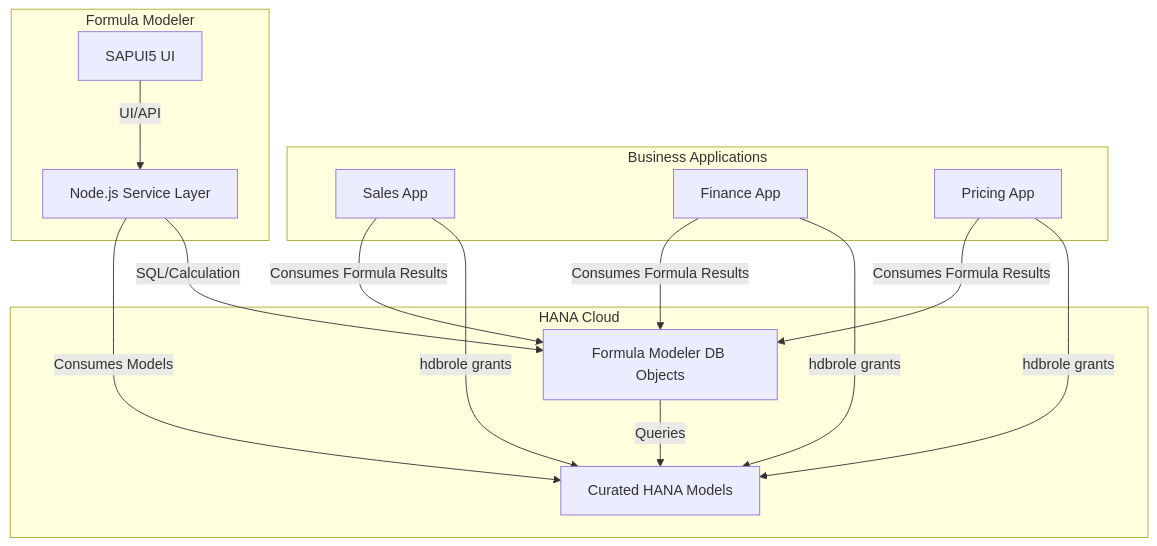
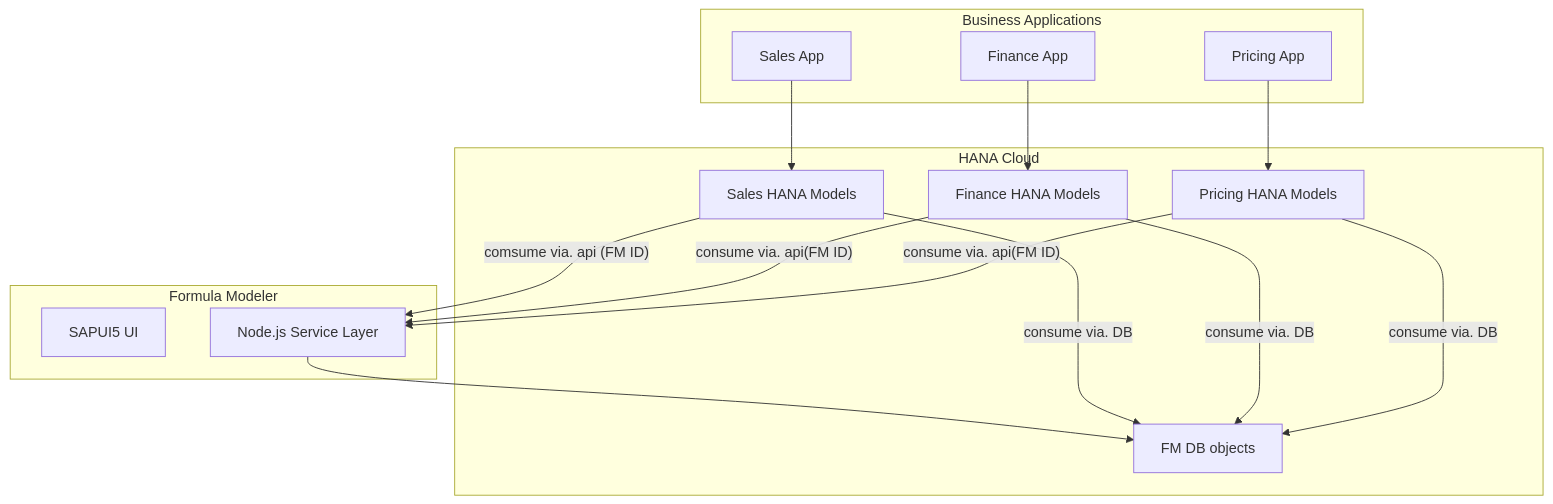
One commit to prabhudc/formula-modeler-1 changed the diagram in README.md. Above: the diagram before and after it, drawn with Mermaid.

````diff
--- a/README.md
+++ b/README.md
@@ -63,29 +63,32 @@
 ```mermaid
 graph TD
     subgraph Business Applications
         A1[Sales App] 
         A2[Finance App]
         A3[Pricing App]
     end
 
     subgraph HANA Cloud
-        B1[Curated HANA Models]
-        B2[Formula Modeler DB Objects]
+        B1[Sales HANA Models]
+        B2[Finance HANA Models]
+        B3[Pricing HANA Models]
+        B4[FM DB objects]
     end
 
     subgraph Formula Modeler
         C1[SAPUI5 UI]
         C2[Node.js Service Layer]
     end
 
-    A1 -- hdbrole grants --> B1
-    A2 -- hdbrole grants --> B1
-    A3 -- hdbrole grants --> B1
-    C1 -- UI/API --> C2
-    C2 -- SQL/Calculation --> B2
-    B2 -- Queries --> B1
-    C2 -- Consumes Models --> B1
-    A1 -- Consumes Formula Results --> B2
-    A2 -- Consumes Formula Results --> B2
-    A3 -- Consumes Formula Results --> B2
+    A1 --> B1
+    A2 --> B2
+    A3 --> B3
+    C2 --> B4
+    B1 -- consume via. DB --> B4
+    B2 -- consume via. DB --> B4
+    B3 -- consume via. DB --> B4 
+    B1 -- comsume via. api (FM ID) --> C2
+    B2 -- consume via. api(FM ID) --> C2
+    B3 -- consume via. api(FM ID) --> C2
+
 ```
````
